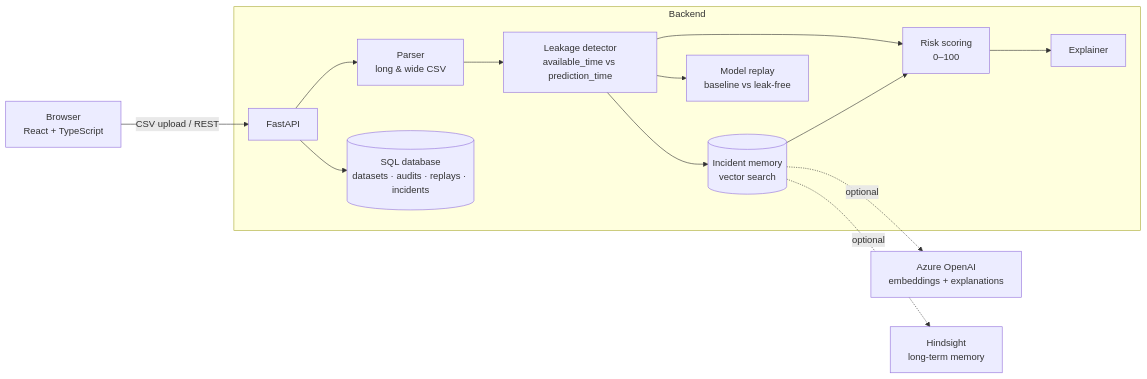
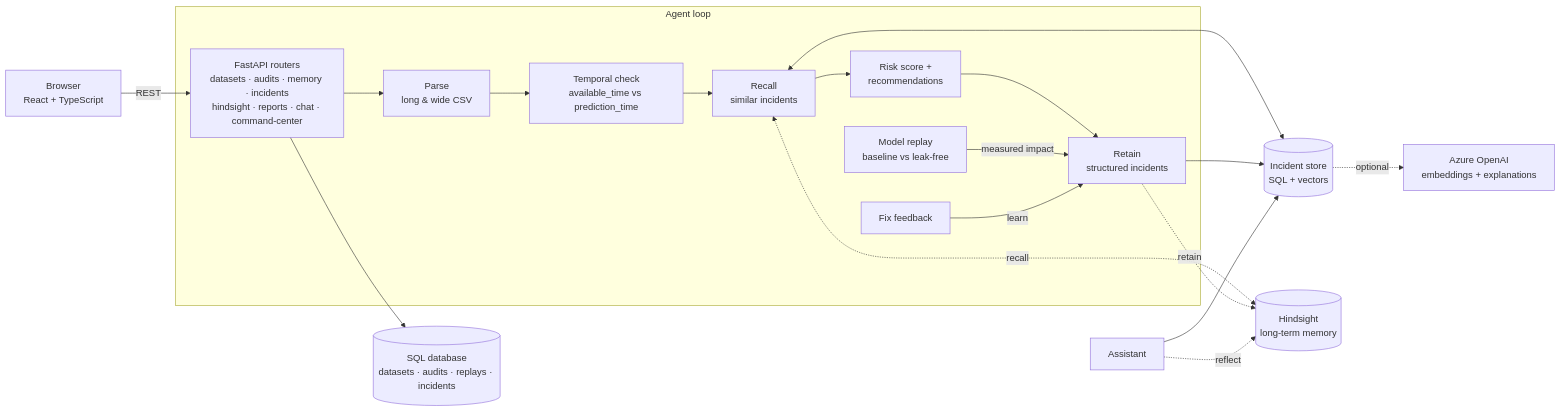
The diagram in README.md (sharonramakuri28-coder/chronoguard), drawn with Mermaid before and after one commit. The commit also changed other lines of this file and 29 other files, not shown here.

First line of the commit message:
Redesign the UI around memory: command center, memory brain, reports, assistant

````diff
--- a/README.md
+++ b/README.md
@@ -41,16 +72,21 @@
 ```mermaid
 flowchart LR
-    U[Browser<br/>React + TypeScript] -->|CSV upload / REST| API[FastAPI]
-    subgraph Backend
-        API --> P[Parser<br/>long & wide CSV]
-        P --> D[Leakage detector<br/>available_time vs prediction_time]
-        D --> R[Risk scoring<br/>0–100]
-        M[(Incident memory<br/>vector search)] --> R
-        D --> M
-        D --> RP[Model replay<br/>baseline vs leak-free]
-        R --> X[Explainer]
-        API --> DB[(SQL database<br/>datasets · audits · replays · incidents)]
+    U[Browser<br/>React + TypeScript] -->|REST| API[FastAPI routers<br/>datasets · audits · memory · incidents<br/>hindsight · reports · chat · command-center]
+    subgraph Agent loop
+        API --> P[Parse<br/>long & wide CSV]
+        P --> D[Temporal check<br/>available_time vs prediction_time]
+        D --> RC[Recall<br/>similar incidents]
+        RC --> S[Risk score +<br/>recommendations]
+        S --> RT[Retain<br/>structured incidents]
+        RP[Model replay<br/>baseline vs leak-free] -->|measured impact| RT
+        FB[Fix feedback] -->|learn| RT
     end
-    M -. optional .-> AZ[Azure OpenAI<br/>embeddings + explanations]
-    M -. optional .-> HS[Hindsight<br/>long-term memory]
+    RC <--> MEM[(Incident store<br/>SQL + vectors)]
+    RT --> MEM
+    RC <-. recall .-> HS[(Hindsight<br/>long-term memory)]
+    RT -. retain .-> HS
+    CH[Assistant] -. reflect .-> HS
+    CH --> MEM
+    API --> DB[(SQL database<br/>datasets · audits · replays · incidents)]
+    MEM -. optional .-> AZ[Azure OpenAI<br/>embeddings + explanations]
 ```
````
